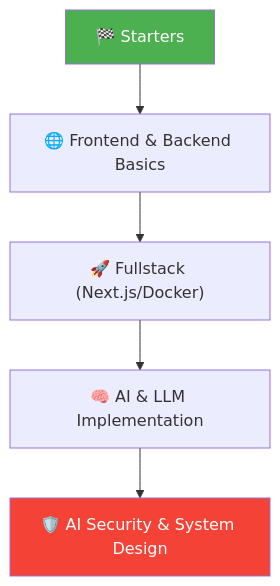
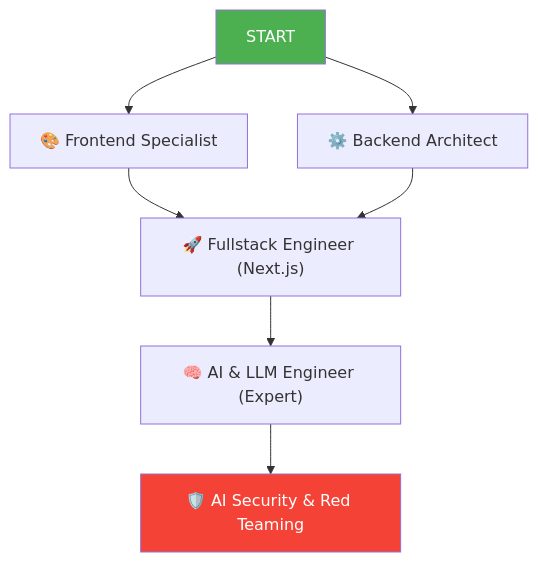
The second of 2 diagrams in docs/README.md (Sameer-Malik20/SusaGPT-Build-LLM-From-Scratch-With-Hinglish-Learning-Material), drawn with Mermaid before and after one commit. The commit also changed other lines of this file and 15 other files, not shown here.

````diff
--- a/docs/README.md
+++ b/docs/README.md
@@ -44,10 +67,12 @@
 ```mermaid
 flowchart TD
-    START["🏁 Starters"] --> WEB["🌐 Frontend & Backend Basics"]
-    WEB --> FS["🚀 Fullstack (Next.js/Docker)"]
-    FS --> AI["🧠 AI & LLM Implementation"]
-    AI --> SEC["🛡️ AI Security & System Design"]
+    S["START"] --> F["🎨 Frontend Specialist"]
+    S --> B["⚙️ Backend Architect"]
+    F --> FS["🚀 Fullstack Engineer (Next.js)"]
+    B --> FS
+    FS --> AI["🧠 AI & LLM Engineer (Expert)"]
+    AI --> SEC["🛡️ AI Security & Red Teaming"]
 
-    style START fill:#4CAF50,color:#fff
+    style S fill:#4CAF50,color:#fff
     style SEC fill:#F44336,color:#fff
 ```
````
